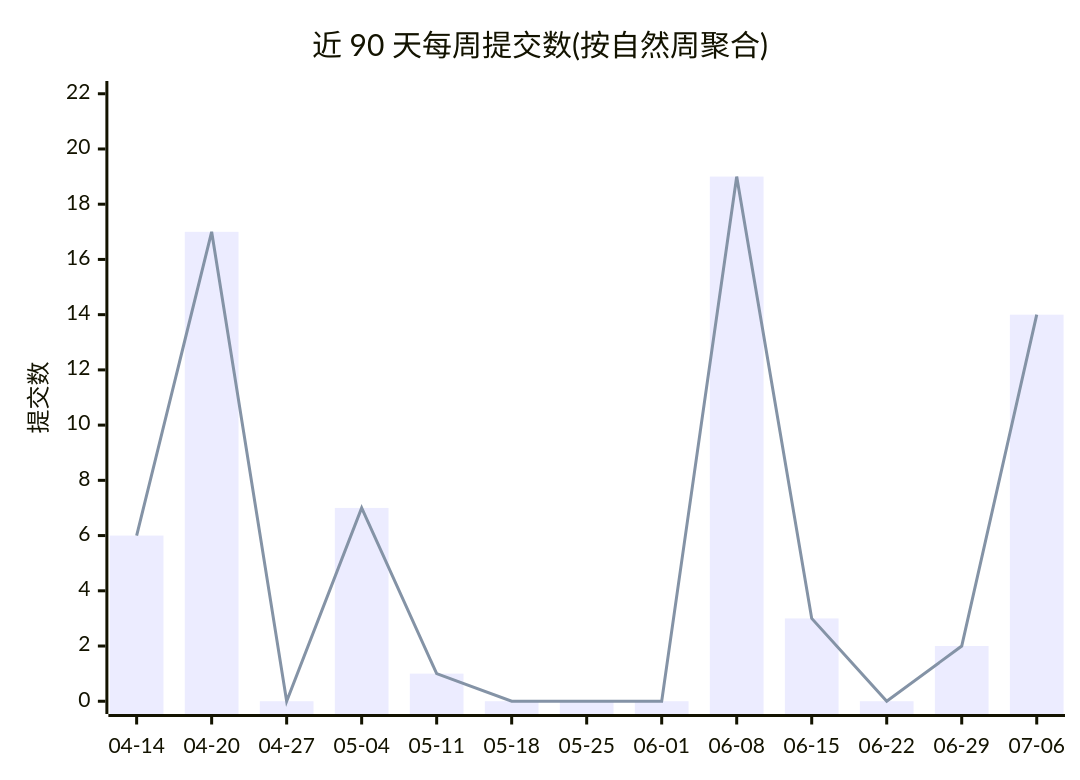
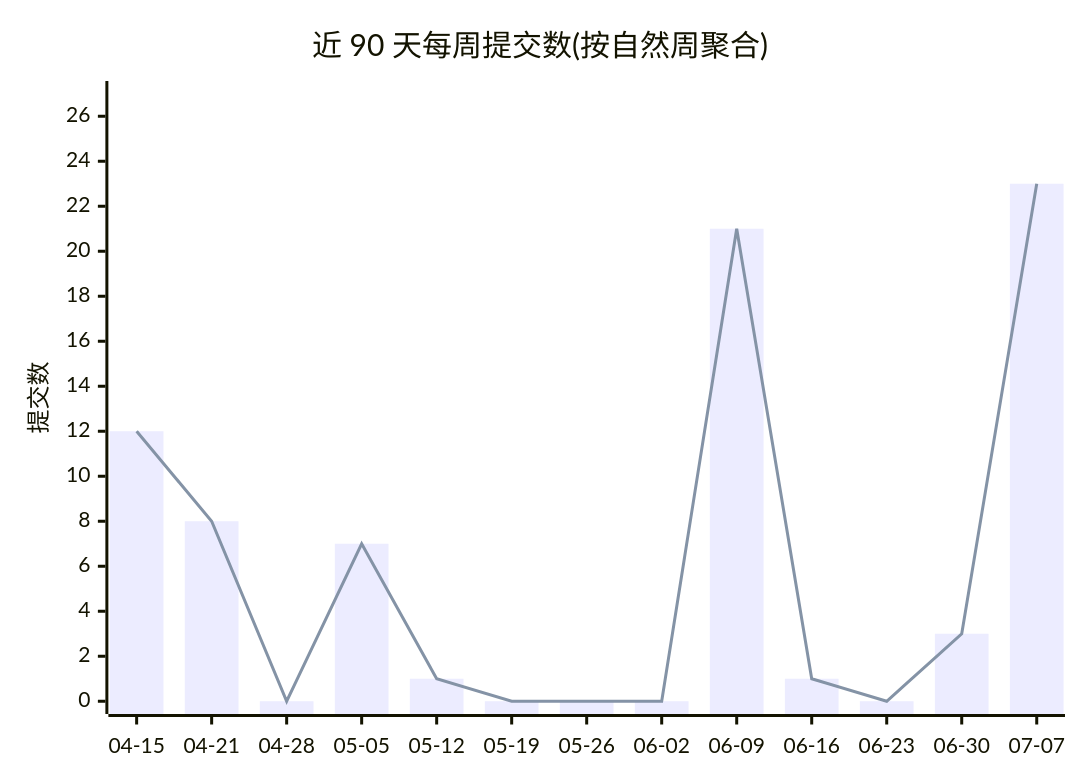
One commit to Conflux-Union/.github changed the first of 2 diagrams in profile/README.md. Above: the diagram before and after it, drawn with Mermaid. The commit also changed other lines of this file and 1 other file, not shown here.

````diff
--- a/profile/README.md
+++ b/profile/README.md
@@ -44,8 +44,8 @@
 ```mermaid
 xychart-beta
     title "近 90 天每周提交数(按自然周聚合)"
-    x-axis ["04-14", "04-20", "04-27", "05-04", "05-11", "05-18", "05-25", "06-01", "06-08", "06-15", "06-22", "06-29", "07-06"]
-    y-axis "提交数" 0 --> 22
-    bar [6, 17, 0, 7, 1, 0, 0, 0, 19, 3, 0, 2, 14]
-    line [6, 17, 0, 7, 1, 0, 0, 0, 19, 3, 0, 2, 14]
+    x-axis ["04-15", "04-21", "04-28", "05-05", "05-12", "05-19", "05-26", "06-02", "06-09", "06-16", "06-23", "06-30", "07-07"]
+    y-axis "提交数" 0 --> 27
+    bar [12, 8, 0, 7, 1, 0, 0, 0, 21, 1, 0, 3, 23]
+    line [12, 8, 0, 7, 1, 0, 0, 0, 21, 1, 0, 3, 23]
 ```
````
